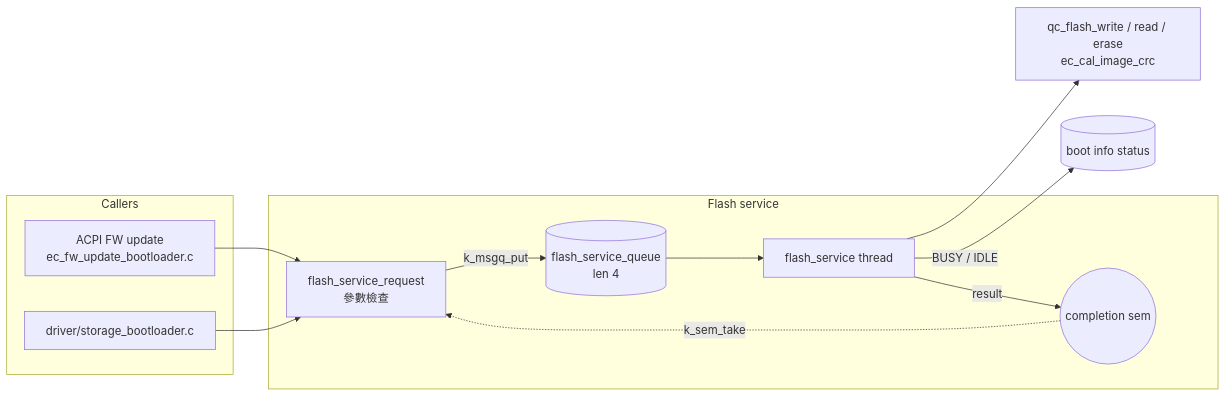
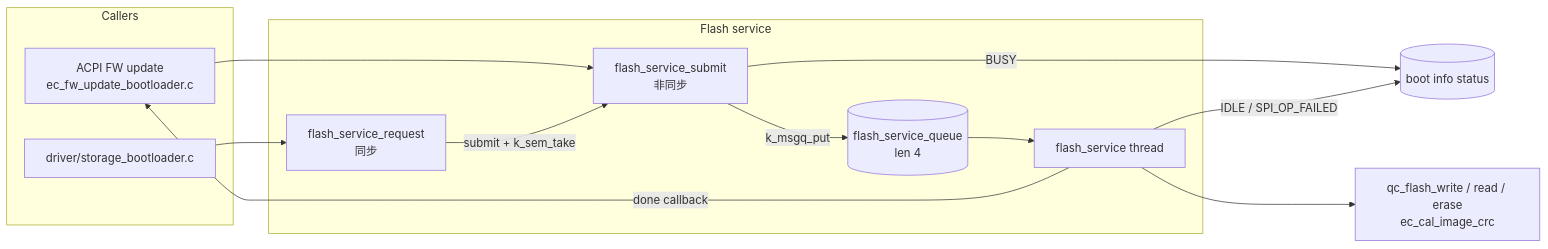
The diagram in service/flash/readme.md (MCHP-Andy/ec_qualcomm), drawn with Mermaid before and after one commit. The commit also changed other lines of this file and 6 other files, not shown here.

````diff
--- a/service/flash/readme.md
+++ b/service/flash/readme.md
@@ -10,26 +13,27 @@
 ```mermaid
 graph LR
     subgraph "Callers"
         FW[ACPI FW update<br/>ec_fw_update_bootloader.c]
         STO[driver/storage_bootloader.c]
     end
 
     subgraph "Flash service"
-        REQ[flash_service_request<br/>參數檢查]
+        SUB[flash_service_submit<br/>非同步]
+        REQ[flash_service_request<br/>同步]
         Q[(flash_service_queue<br/>len 4)]
         THR[flash_service thread]
-        SEM((completion sem))
     end
 
     DRV[qc_flash_write / read / erase<br/>ec_cal_image_crc]
     INFO[(boot info status)]
 
-    FW --> REQ
+    FW --> SUB
     STO --> REQ
-    REQ -->|k_msgq_put| Q
+    REQ -->|submit + k_sem_take| SUB
+    SUB -->|BUSY| INFO
+    SUB -->|k_msgq_put| Q
     Q --> THR
     THR --> DRV
-    THR -->|BUSY / IDLE| INFO
-    THR -->|result| SEM
-    SEM -.->|k_sem_take| REQ
+    THR -->|done callback| FW
+    THR -->|IDLE / SPI_OP_FAILED| INFO
 ```
````
